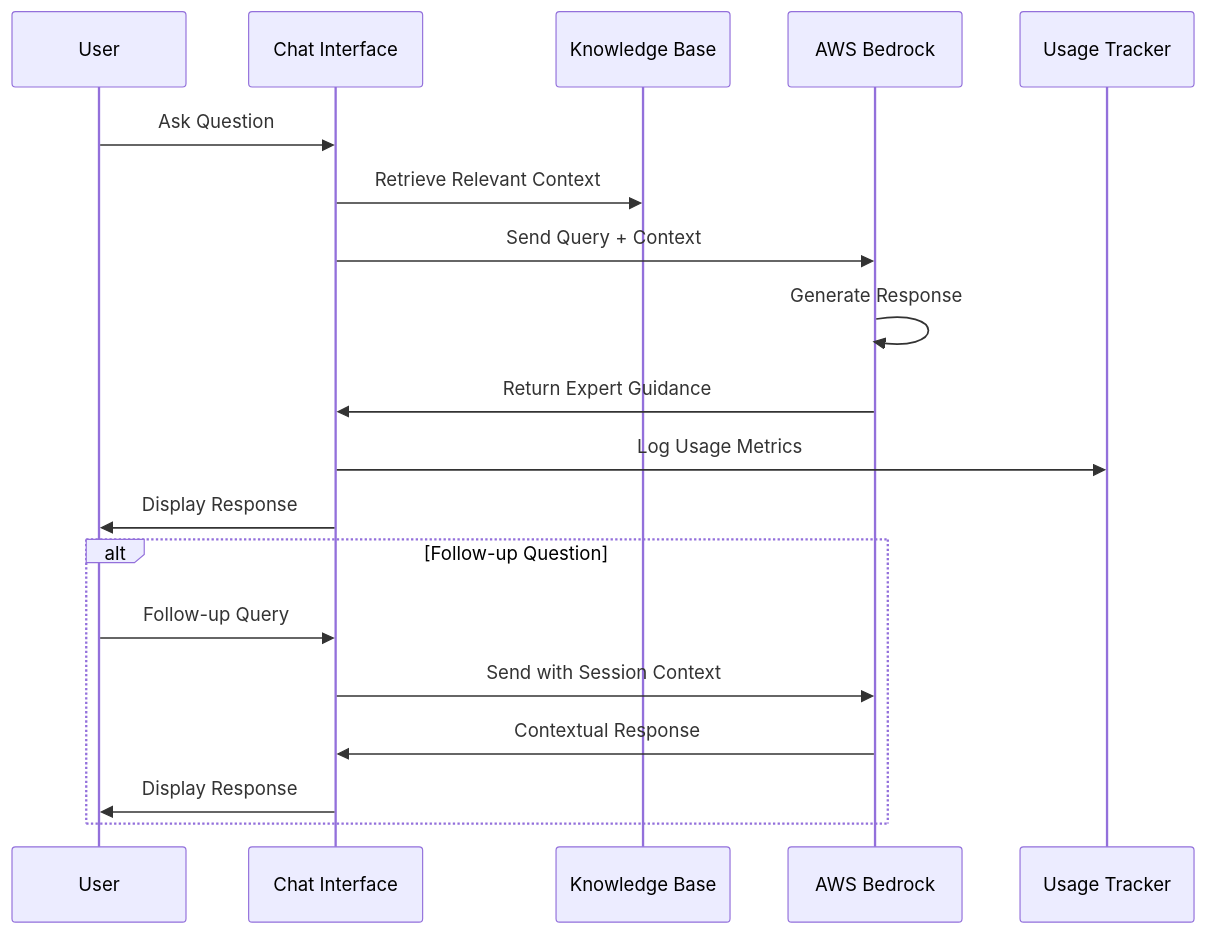
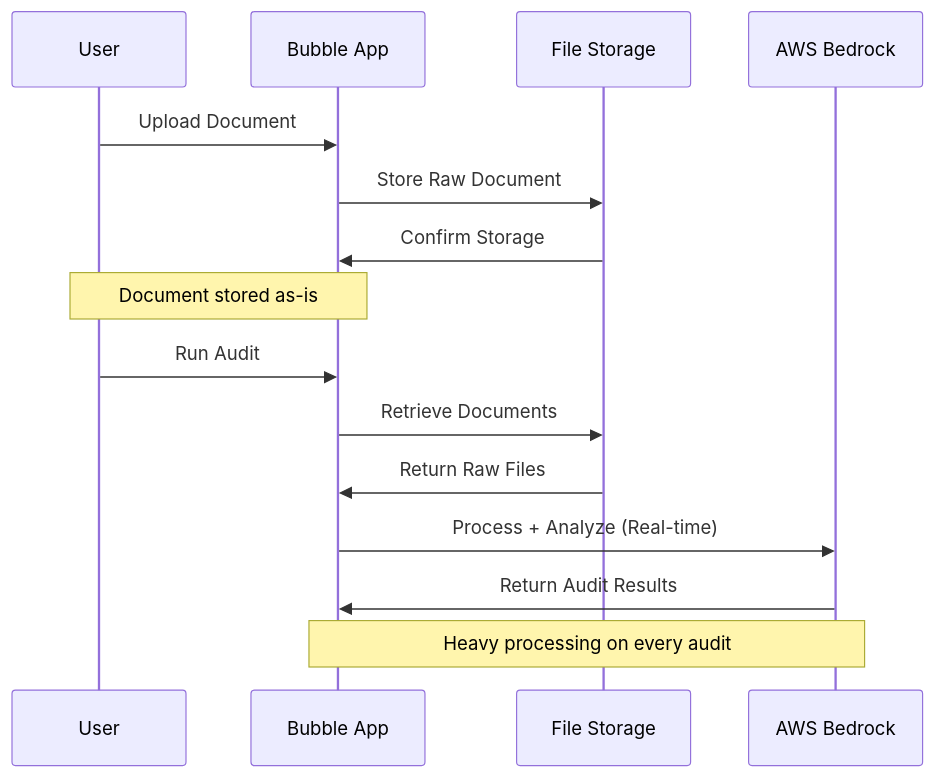
One commit to indukuk/quantarra_ai changed the third of 17 diagrams in AI_Auditor_Design_Document.md. Above: the diagram before and after it, drawn with Mermaid. The commit also changed other lines of this file, not shown here.

Commit message:
Add AI processing architecture analysis: Vector DB vs Direct API approaches with hybrid implementation strategy

````diff
--- a/AI_Auditor_Design_Document.md
+++ b/AI_Auditor_Design_Document.md
@@ -115,25 +114,21 @@
 ```mermaid
 sequenceDiagram
     participant User
-    participant Chat as Chat Interface
-    participant KB as Knowledge Base
+    participant Bubble as Bubble App
+    participant Storage as File Storage
     participant Bedrock as AWS Bedrock
-    participant Usage as Usage Tracker
     
-    User->>Chat: Ask Question
-    Chat->>KB: Retrieve Relevant Context
-    Chat->>Bedrock: Send Query + Context
+    User->>Bubble: Upload Document
+    Bubble->>Storage: Store Raw Document
+    Storage->>Bubble: Confirm Storage
     
-    Bedrock->>Bedrock: Generate Response
-    Bedrock->>Chat: Return Expert Guidance
+    Note over User,Bubble: Document stored as-is
     
-    Chat->>Usage: Log Usage Metrics
-    Chat->>User: Display Response
+    User->>Bubble: Run Audit
+    Bubble->>Storage: Retrieve Documents
+    Storage->>Bubble: Return Raw Files
+    Bubble->>Bedrock: Process + Analyze (Real-time)
+    Bedrock->>Bubble: Return Audit Results
     
-    alt Follow-up Question
-        User->>Chat: Follow-up Query
-        Chat->>Bedrock: Send with Session Context
-        Bedrock->>Chat: Contextual Response
-        Chat->>User: Display Response
-    end
+    Note over Bedrock,Bubble: Heavy processing on every audit
 ```
````
